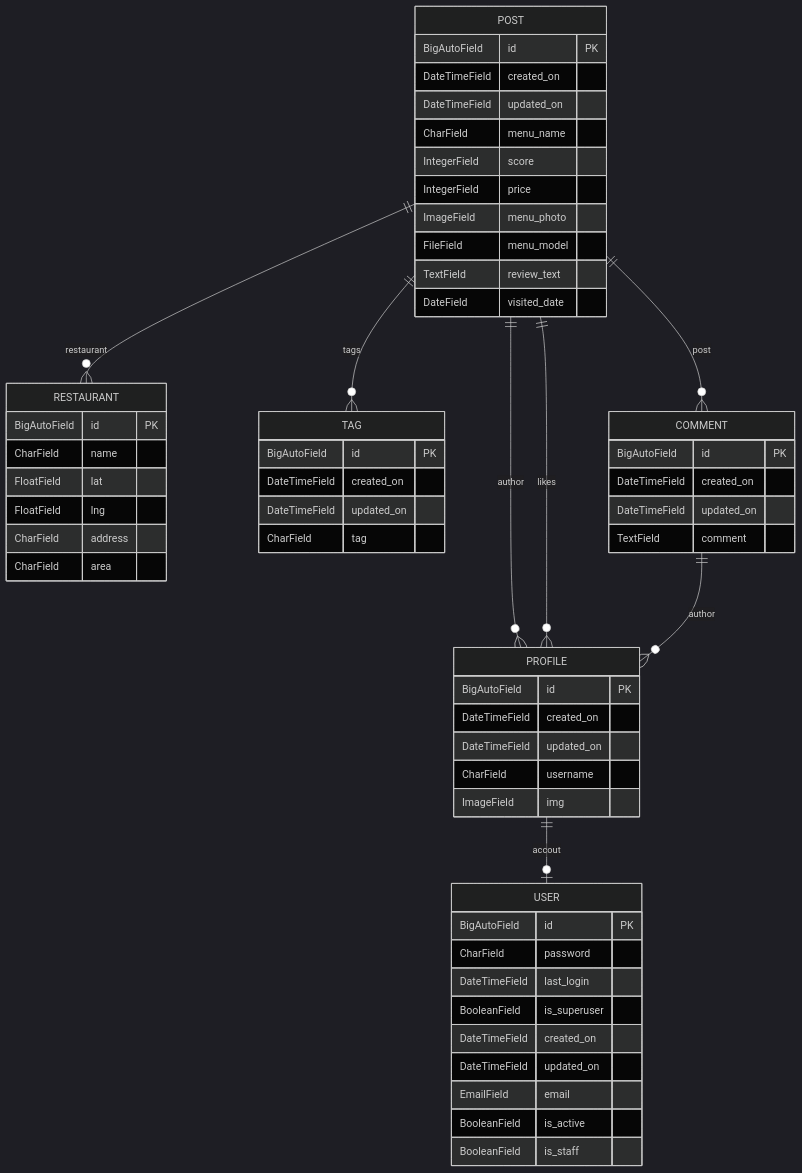
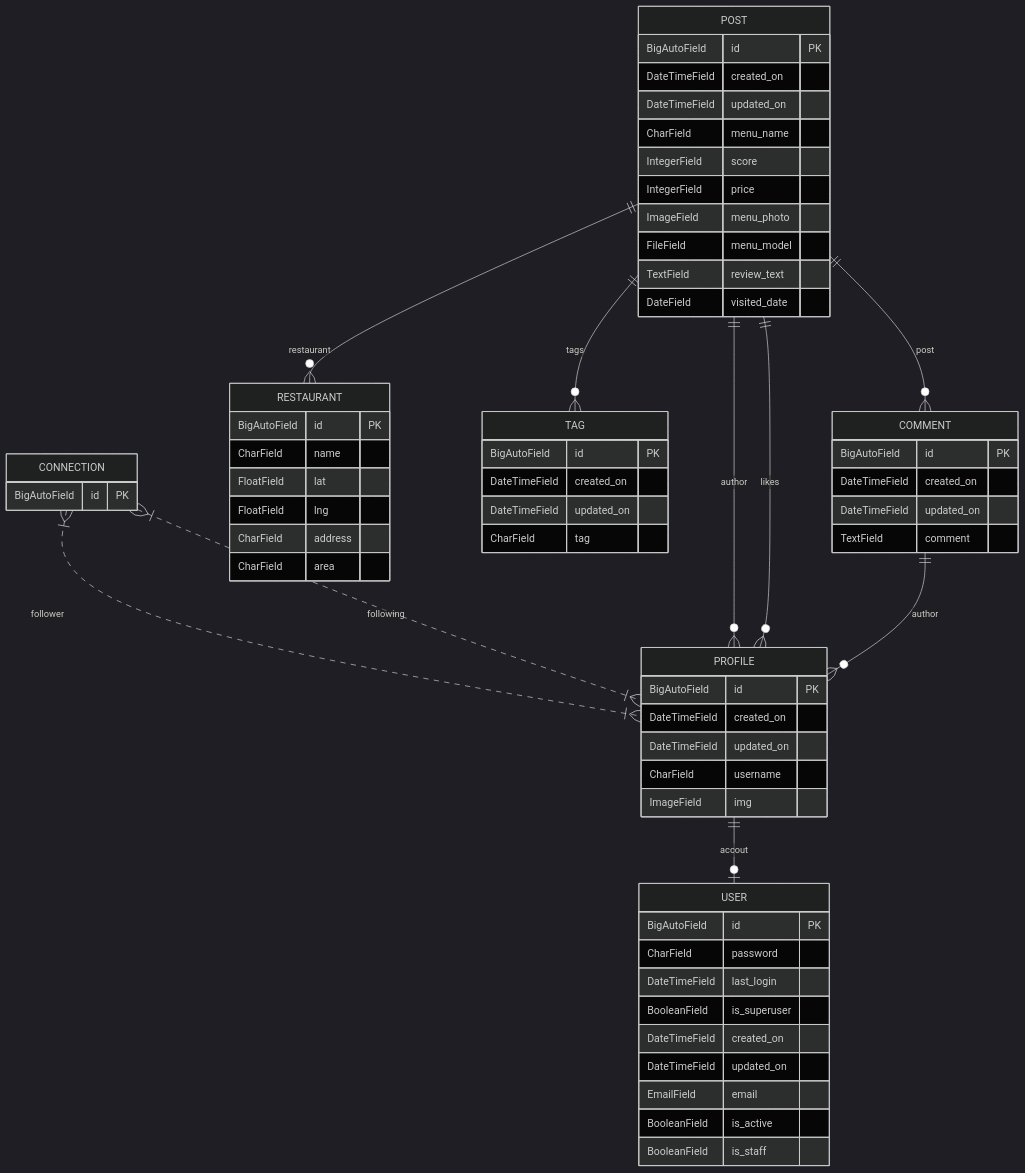
The diagram in README.md (Fukuemon/api-MeAR-onEC2), drawn with Mermaid (dark theme) before and after one commit.

````diff
--- a/README.md
+++ b/README.md
@@ -5,61 +5,66 @@
 ```mermaid
 erDiagram
     PROFILE ||--o| USER : "accout"
+    CONNECTION }|..|{ PROFILE : "follower"
+    CONNECTION }|..|{ PROFILE : "following"
     POST ||--o{ PROFILE : "author"
     POST ||--o{ PROFILE : "likes"
     POST ||--o{ RESTAURANT : "restaurant"
     POST ||--o{ TAG : "tags"
     POST ||--o{ COMMENT : "post"
     COMMENT ||--o{ PROFILE : "author"
     
     USER {
         BigAutoField id PK
         CharField password
         DateTimeField last_login
         BooleanField is_superuser
         DateTimeField created_on
         DateTimeField updated_on
         EmailField email
         BooleanField is_active
         BooleanField is_staff
     }
     PROFILE {
         BigAutoField id PK
         DateTimeField created_on
         DateTimeField updated_on
         CharField username
         ImageField img
+    }
+    CONNECTION {
+        BigAutoField id PK
     }
     POST {
         BigAutoField id PK
         DateTimeField created_on
         DateTimeField updated_on
         CharField menu_name
         IntegerField score
         IntegerField price
         ImageField menu_photo
         FileField menu_model
         TextField review_text
         DateField visited_date
     }
     RESTAURANT {
         BigAutoField id PK
         CharField name
         FloatField lat
         FloatField lng
         CharField address
         CharField area
     }
     TAG {
         BigAutoField id PK
         DateTimeField created_on
         DateTimeField updated_on
         CharField tag
     }
     COMMENT {
         BigAutoField id PK
         DateTimeField created_on
         DateTimeField updated_on
         TextField comment
     }
 ```
````
